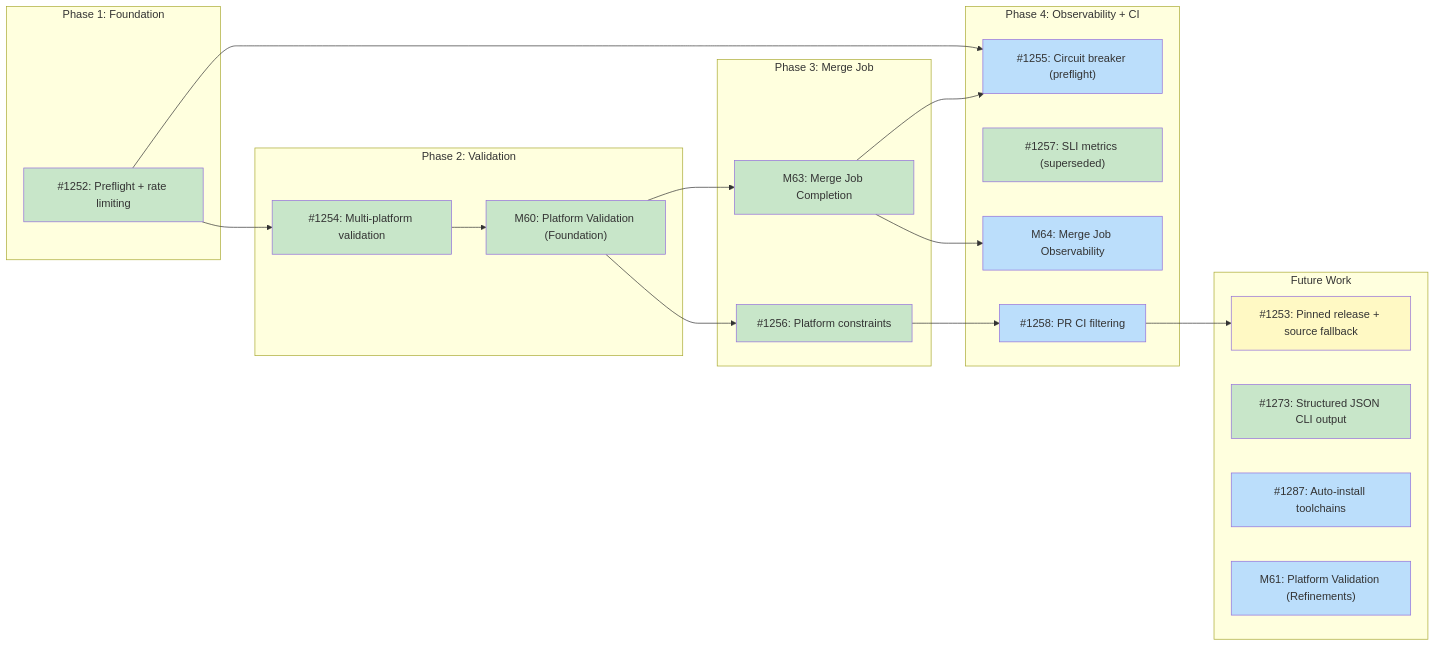
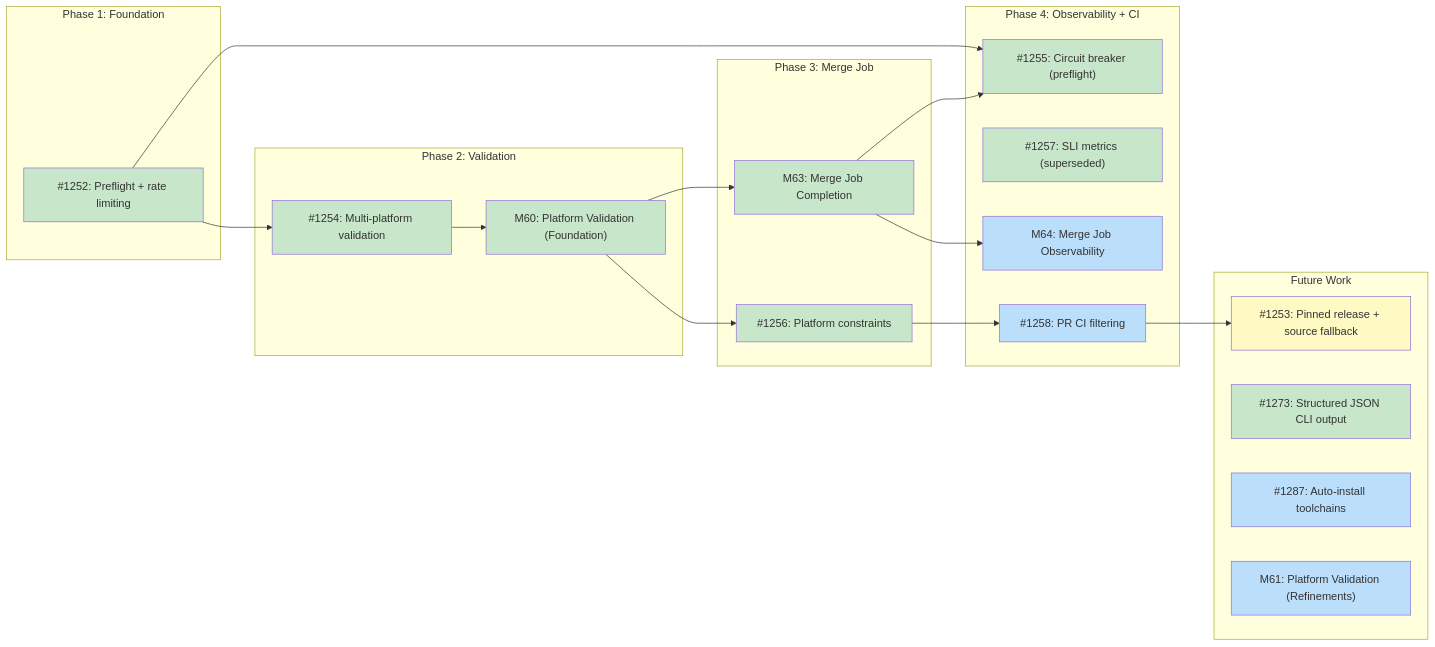
One commit to tsukumogami/tsuku changed the diagram in docs/designs/DESIGN-batch-recipe-generation.md. Above: the diagram before and after it, drawn with Mermaid. The commit also changed other lines of this file and 1 other file, not shown here.

Commit message:
feat(batch): add half-open circuit breaker transition and probe limiting (#1387)
Expand the preflight circuit breaker check to handle the full state
machine. When an ecosystem's breaker is open and its recovery timeout
has expired, the preflight step transitions it to half-open and limits
batch size to 1 for a probe run. This lets the pipeline automatically
test recovery without manual intervention.

The three paths through preflight are now:
- **Closed**: normal operation, no changes
- **Open (timeout not expired)**: fail early, skip generation
- **Open (timeout expired)**: transition to half-open, set batch_size=1
- **Half-open**: set batch_size=1 for probe

The merge job side already handles half-open outcomes via
`update_breaker.sh`: a successful probe closes the breaker, a failed
probe reopens it with a fresh 60-minute timeout.

````diff
--- a/docs/designs/DESIGN-batch-recipe-generation.md
+++ b/docs/designs/DESIGN-batch-recipe-generation.md
@@ -34,54 +34,55 @@
 ```mermaid
 graph LR
     subgraph Phase1["Phase 1: Foundation"]
         I1252["#1252: Preflight + rate limiting"]
     end
 
     subgraph Phase2["Phase 2: Validation"]
         I1254["#1254: Multi-platform validation"]
         M60["M60: Platform Validation (Foundation)"]
     end
 
     subgraph Phase3["Phase 3: Merge Job"]
         I1256["#1256: Platform constraints"]
         M63["M63: Merge Job Completion"]
     end
 
     subgraph Phase4["Phase 4: Observability + CI"]
         I1255["#1255: Circuit breaker (preflight)"]
         I1257["#1257: SLI metrics (superseded)"]
         M64["M64: Merge Job Observability"]
         I1258["#1258: PR CI filtering"]
     end
 
     subgraph Future["Future Work"]
         I1253["#1253: Pinned release + source fallback"]
         I1273["#1273: Structured JSON CLI output"]
         I1287["#1287: Auto-install toolchains"]
         M61["M61: Platform Validation (Refinements)"]
     end
 
     I1252 --> I1254
     I1254 --> M60
     M60 --> I1256
     M60 --> M63
     I1256 --> I1258
     I1258 --> I1253
     M63 --> I1255
     I1252 --> I1255
     M63 --> M64
 
     classDef done fill:#c8e6c9
     classDef ready fill:#bbdefb
     classDef blocked fill:#fff9c4
     classDef needsDesign fill:#e1bee7
 
     class I1254,I1273,I1257 done
     class M60,I1256 done
     class M63 done
     class I1252 done
-    class I1287,M61,I1255 ready
+    class I1255 done
+    class I1287,M61 ready
     class I1253 blocked
     class M64 ready
     class I1258 ready
 ```
````
